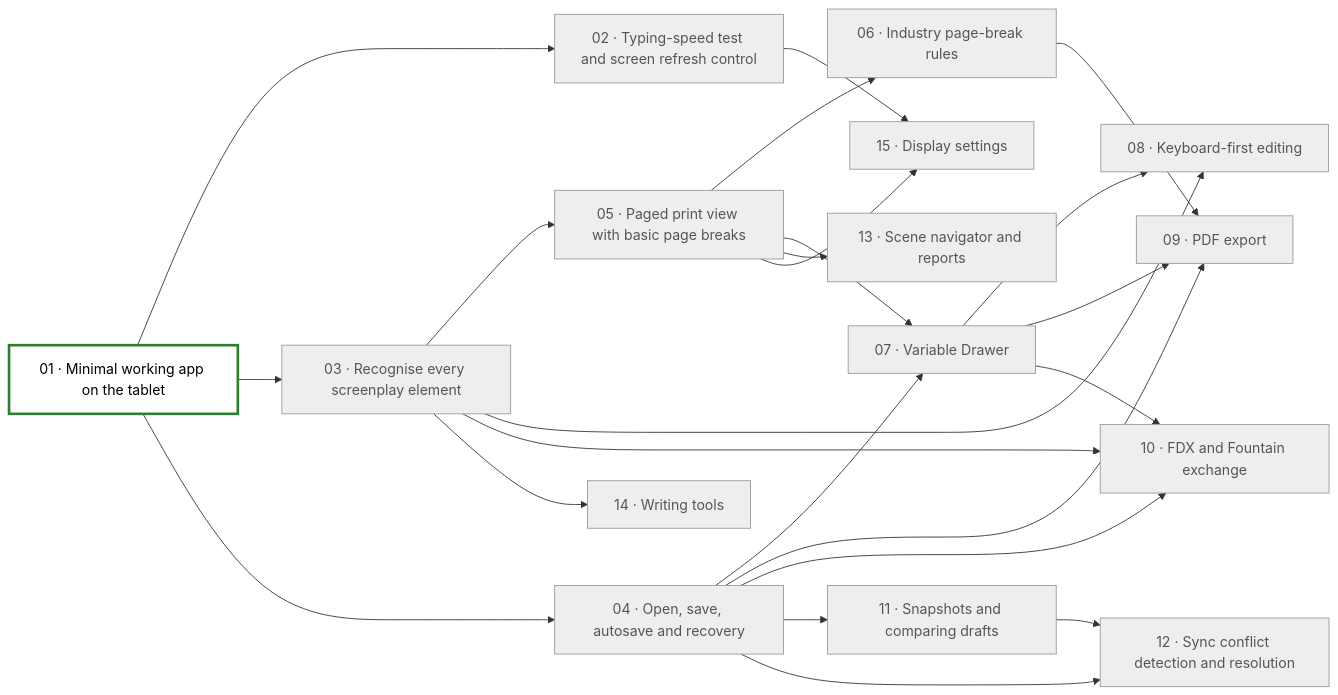
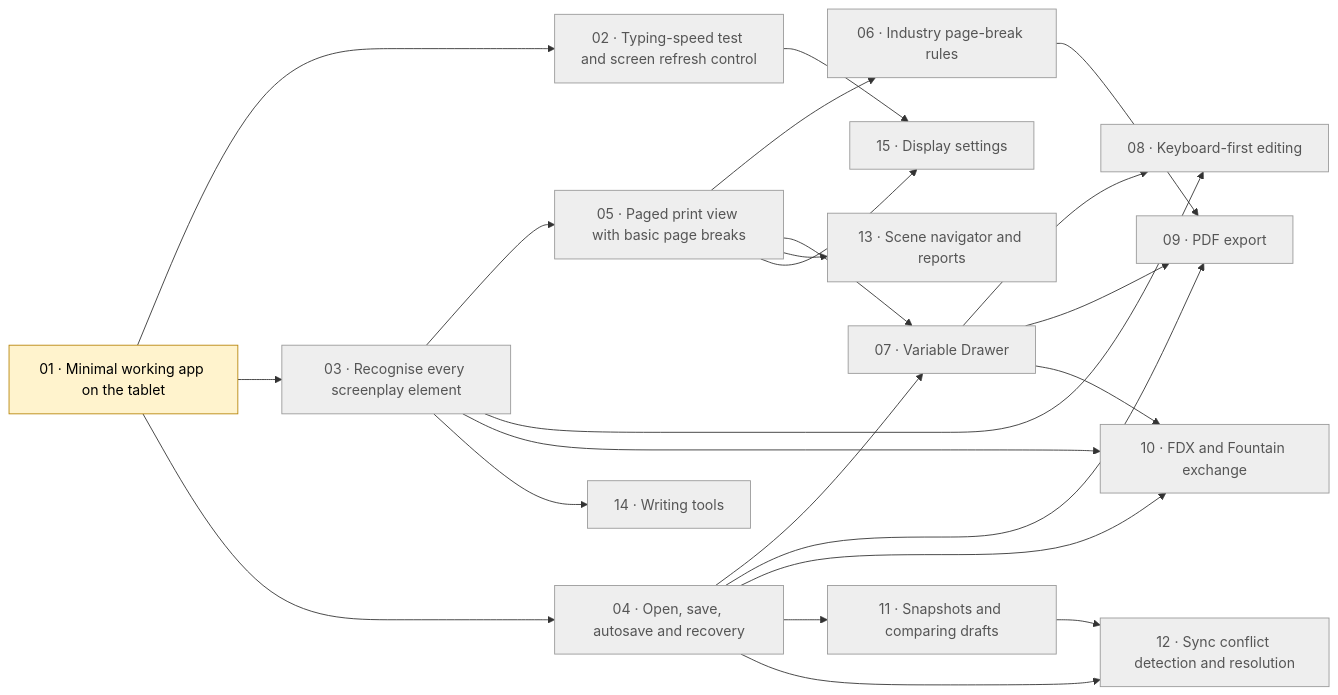
Before and after one commit to mikebgio/eink-screenplay-writer: the diagram in PLAN.md, drawn with Mermaid. The commit also changed other lines of this file and 86 other files, not shown here.

Commit message:
01: Minimal working app on the tablet

````diff
--- a/PLAN.md
+++ b/PLAN.md
@@ -45,45 +45,45 @@
 ```mermaid
 flowchart LR
-  T01["01 · Minimal working app on the tablet"]:::ready
+  T01["01 · Minimal working app on the tablet"]:::inprogress
   T02["02 · Typing-speed test and screen refresh control"]:::blocked
   T03["03 · Recognise every screenplay element"]:::blocked
   T04["04 · Open, save, autosave and recovery"]:::blocked
   T05["05 · Paged print view with basic page breaks"]:::blocked
   T06["06 · Industry page-break rules"]:::blocked
   T07["07 · Variable Drawer"]:::blocked
   T08["08 · Keyboard-first editing"]:::blocked
   T09["09 · PDF export"]:::blocked
   T10["10 · FDX and Fountain exchange"]:::blocked
   T11["11 · Snapshots and comparing drafts"]:::blocked
   T12["12 · Sync conflict detection and resolution"]:::blocked
   T13["13 · Scene navigator and reports"]:::blocked
   T14["14 · Writing tools"]:::blocked
   T15["15 · Display settings"]:::blocked
   T01 --> T02
   T01 --> T03
   T01 --> T04
   T03 --> T05
   T05 --> T06
   T04 --> T07
   T05 --> T07
   T03 --> T08
   T07 --> T08
   T04 --> T09
   T06 --> T09
   T07 --> T09
   T03 --> T10
   T04 --> T10
   T07 --> T10
   T04 --> T11
   T04 --> T12
   T11 --> T12
   T05 --> T13
   T03 --> T14
   T02 --> T15
   T05 --> T15
   classDef done fill:#d4edda,stroke:#2e7d32,color:#000
   classDef needsdevice fill:#e3f2fd,stroke:#1565c0,color:#000
   classDef inprogress fill:#fff3cd,stroke:#b8860b,color:#000
   classDef ready fill:#ffffff,stroke:#2e7d32,stroke-width:3px,color:#000
   classDef blocked fill:#eeeeee,stroke:#999,color:#555
 ```
````
